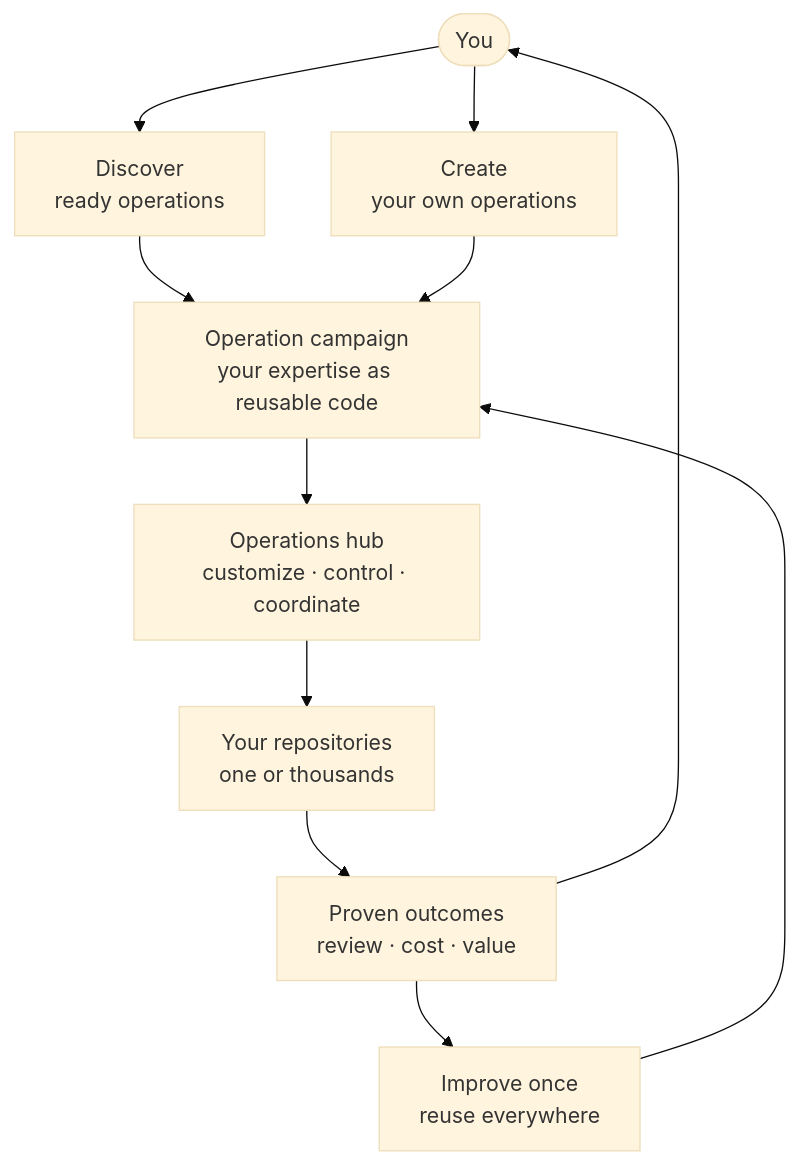
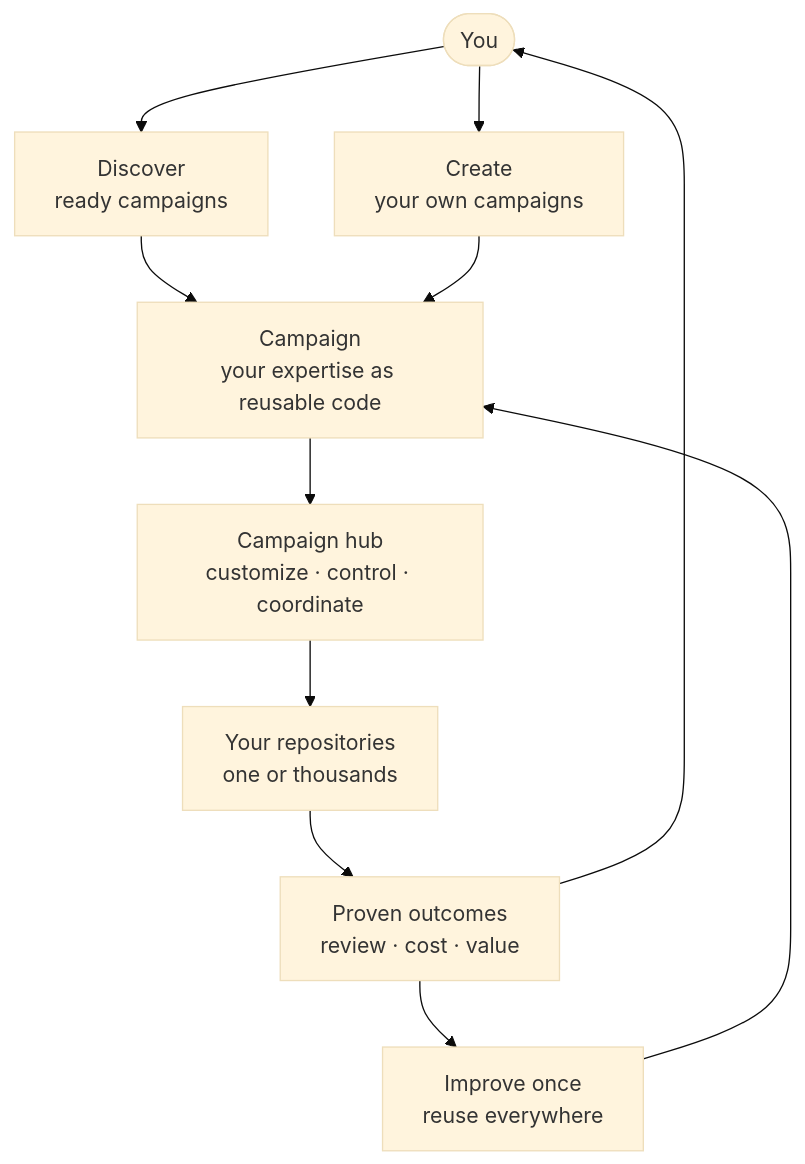
The diagram in docs/architecture-at-a-glance.md (elefthei/gh-aw-cao), drawn with Mermaid (base theme) before and after one commit. The commit also changed other lines of this file and 21 other files, not shown here.

````diff
--- a/docs/architecture-at-a-glance.md
+++ b/docs/architecture-at-a-glance.md
@@ -31,16 +31,16 @@
 ```mermaid
 flowchart TB
   you(["You"])
-  ready["Discover<br/>ready operations"]
-  custom["Create<br/>your own operations"]
-  campaign["Operation campaign<br/>your expertise as reusable code"]
-  hub["Operations hub<br/>customize · control · coordinate"]
+  ready["Discover<br/>ready campaigns"]
+  custom["Create<br/>your own campaigns"]
+  campaign["Campaign<br/>your expertise as reusable code"]
+  hub["Campaign hub<br/>customize · control · coordinate"]
   estate["Your repositories<br/>one or thousands"]
   outcomes["Proven outcomes<br/>review · cost · value"]
   improve["Improve once<br/>reuse everywhere"]
 
   you --> ready --> campaign
   you --> custom --> campaign
   campaign --> hub --> estate --> outcomes --> you
   outcomes --> improve --> campaign
 ```
````
